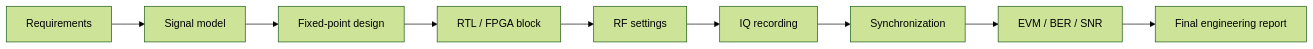
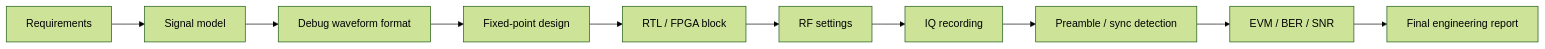
One commit to Lay007/zynq-sdr-course changed the diagram in blocks/block_11_integrated_sdr_project/integrated_project_workflow_ru.md. Above: the diagram before and after it, drawn with Mermaid (forest theme). The commit also changed other lines of this file, not shown here.

Commit message:
docs: require debug waveform in Russian integrated project workflow

````diff
--- a/blocks/block_11_integrated_sdr_project/integrated_project_workflow_ru.md
+++ b/blocks/block_11_integrated_sdr_project/integrated_project_workflow_ru.md
@@ -7,11 +7,12 @@
 ```mermaid
 flowchart LR
     REQ[Requirements] --> MODEL[Signal model]
-    MODEL --> FXP[Fixed-point design]
+    MODEL --> DBG[Debug waveform format]
+    DBG --> FXP[Fixed-point design]
     FXP --> RTL[RTL / FPGA block]
     RTL --> RF[RF settings]
     RF --> IQ[IQ recording]
-    IQ --> SYNC[Synchronization]
+    IQ --> SYNC[Preamble / sync detection]
     SYNC --> METRICS[EVM / BER / SNR]
     METRICS --> REPORT[Final engineering report]
 ```
````
